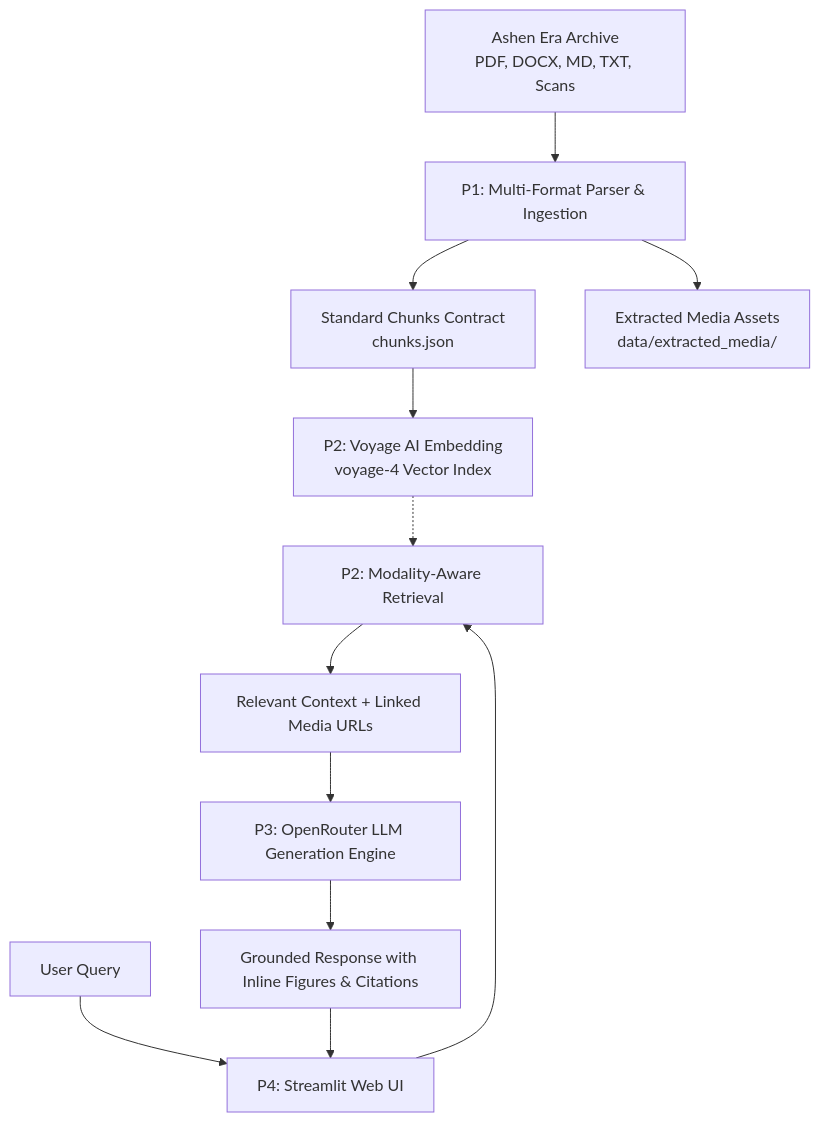
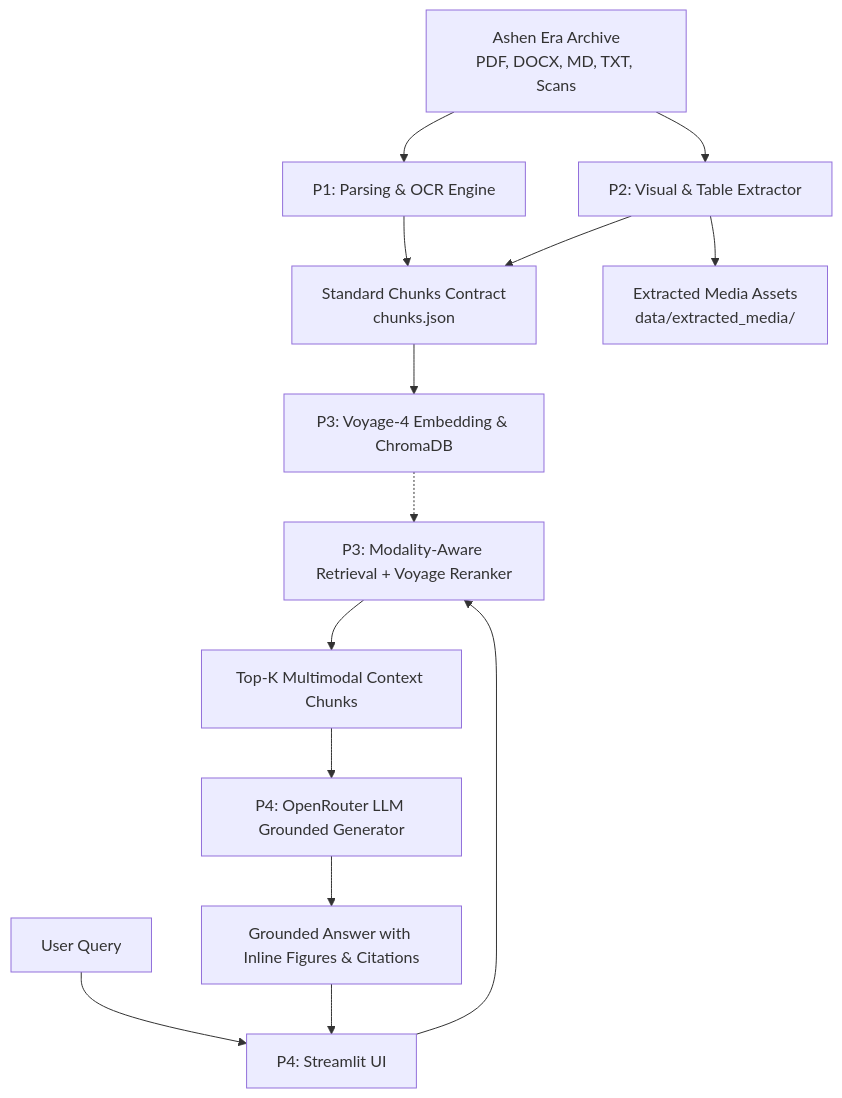
The diagram in README.md (IT25101463/DeepThink), drawn with Mermaid before and after one commit. The commit also changed other lines of this file and 30 other files, not shown here.

````diff
--- a/README.md
+++ b/README.md
@@ -40,18 +40,20 @@
 ```mermaid
 graph TD
-    A[Ashen Era Archive<br/>PDF, DOCX, MD, TXT, Scans] --> B[P1: Multi-Format Parser & Ingestion]
-    B --> C[Standard Chunks Contract<br/>chunks.json]
-    B --> D[Extracted Media Assets<br/>data/extracted_media/]
+    A[Ashen Era Archive<br/>PDF, DOCX, MD, TXT, Scans] --> B1[P1: Parsing & OCR Engine]
+    A --> B2[P2: Visual & Table Extractor]
+    B1 --> C[Standard Chunks Contract<br/>chunks.json]
+    B2 --> C
+    B2 --> D[Extracted Media Assets<br/>data/extracted_media/]
     
-    C --> E[P2: Voyage AI Embedding<br/>voyage-4 Vector Index]
+    C --> E[P3: Voyage-4 Embedding & ChromaDB]
     
-    F[User Query] --> G[P4: Streamlit Web UI]
-    G --> H[P2: Modality-Aware Retrieval]
+    F[User Query] --> G[P4: Streamlit UI]
+    G --> H[P3: Modality-Aware Retrieval + Voyage Reranker]
     E -.-> H
     
-    H --> I[Relevant Context + Linked Media URLs]
-    I --> J[P3: OpenRouter LLM Generation Engine]
+    H --> I[Top-K Multimodal Context Chunks]
+    I --> J[P4: OpenRouter LLM Grounded Generator]
     
-    J --> K[Grounded Response with Inline Figures & Citations]
+    J --> K[Grounded Answer with Inline Figures & Citations]
     K --> G
 ```
````
